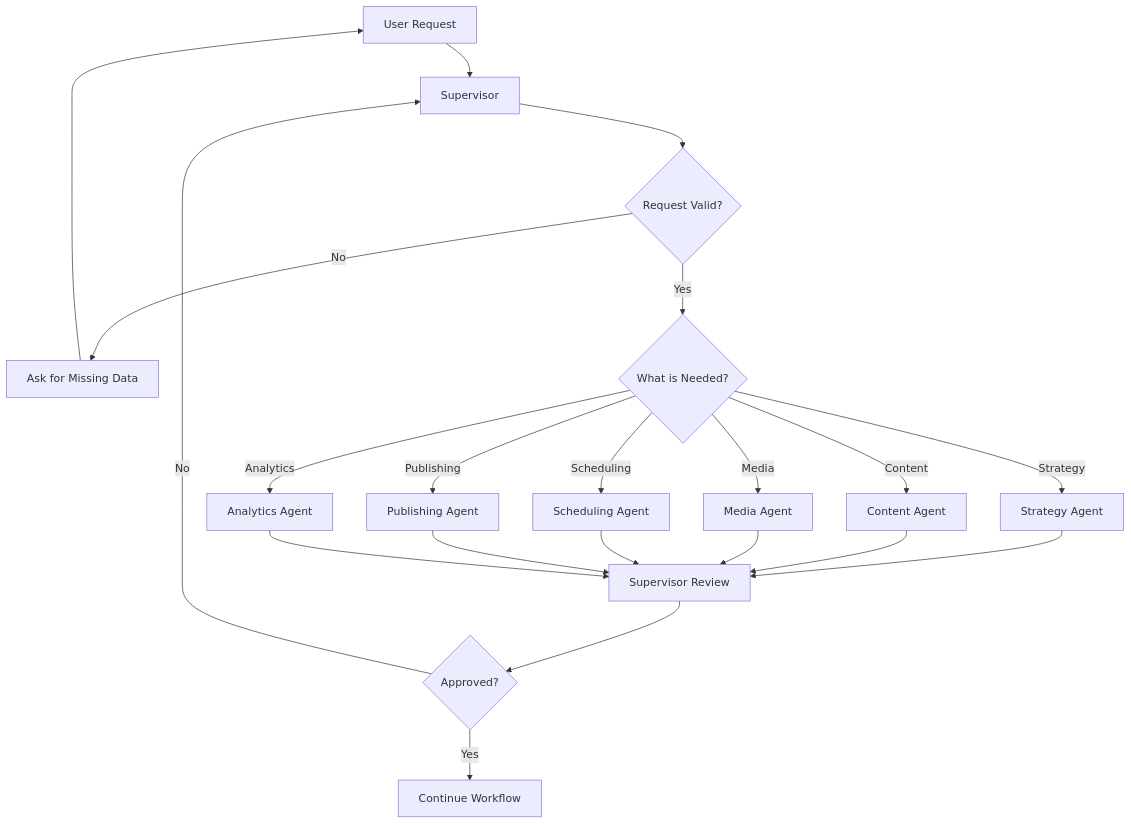
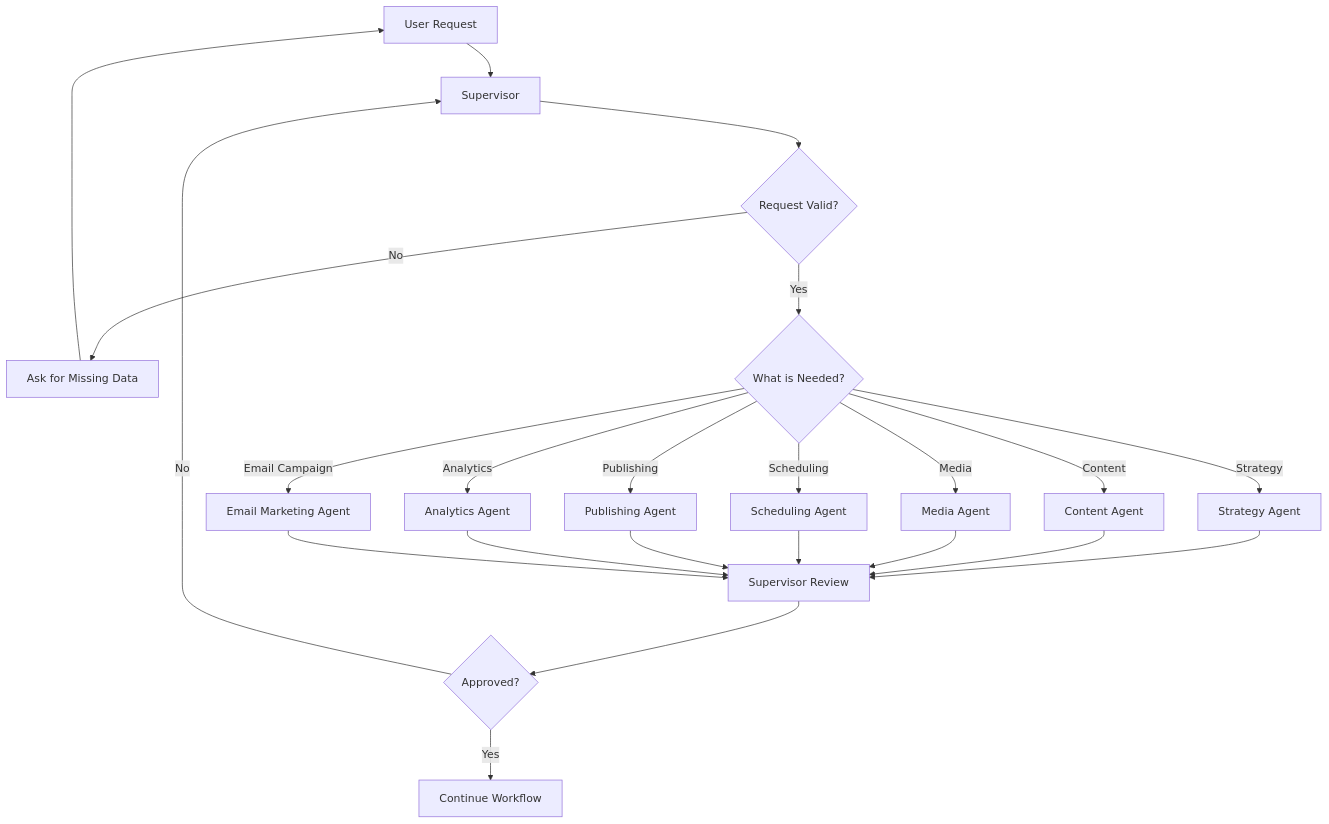
The third of 8 diagrams in README.md (mariembel21/nova-ai-marketing-agent), drawn with Mermaid before and after one commit. The commit also changed other lines of this file, not shown here.

Commit message:
Update README with email campaign and asset flow

````diff
--- a/README.md
+++ b/README.md
@@ -72,28 +72,30 @@
 ```mermaid
 flowchart TD
   A[User Request] --> B[Supervisor]
   B --> C{Request Valid?}
 
   C -->|No| D[Ask for Missing Data]
   D --> A
 
   C -->|Yes| E{What is Needed?}
 
   E -->|Strategy| F[Strategy Agent]
   E -->|Content| G[Content Agent]
   E -->|Media| H[Media Agent]
   E -->|Scheduling| I[Scheduling Agent]
   E -->|Publishing| J[Publishing Agent]
   E -->|Analytics| K[Analytics Agent]
+  E -->|Email Campaign| L[Email Marketing Agent]
 
-  F --> L[Supervisor Review]
-  G --> L
-  H --> L
-  I --> L
-  J --> L
-  K --> L
+  F --> M[Supervisor Review]
+  G --> M
+  H --> M
+  I --> M
+  J --> M
+  K --> M
+  L --> M
 
-  L --> M{Approved?}
-  M -->|No| B
-  M -->|Yes| N[Continue Workflow]
+  M --> N{Approved?}
+  N -->|No| B
+  N -->|Yes| O[Continue Workflow]
 ```
````
